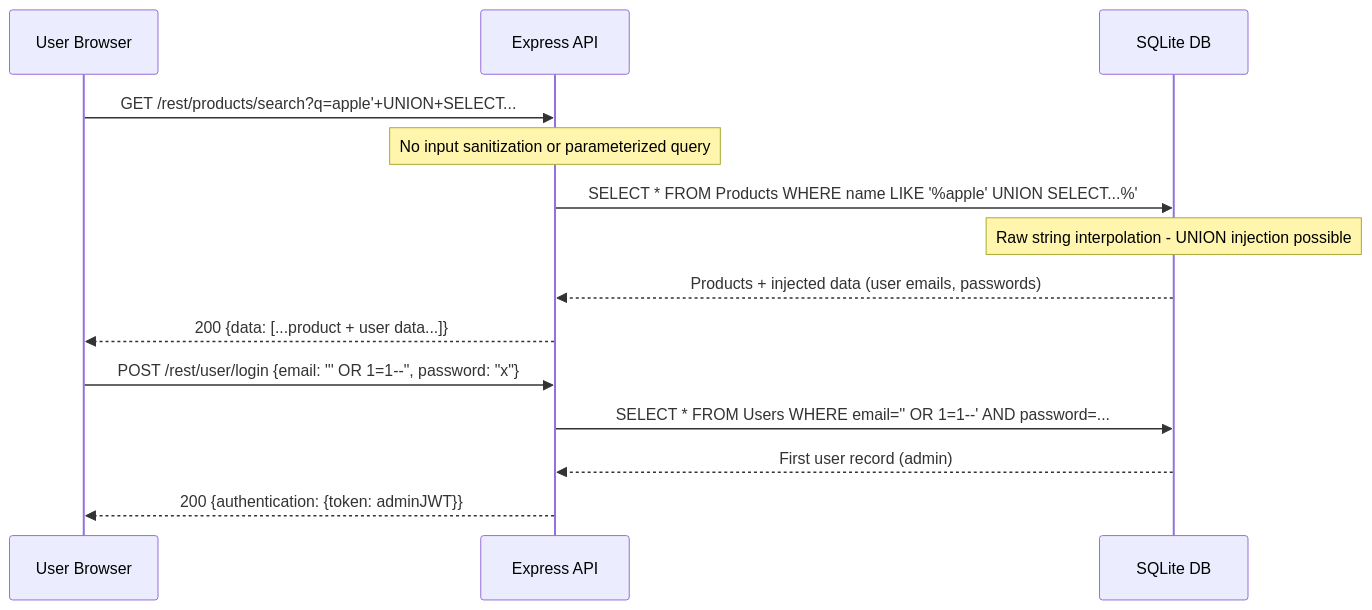
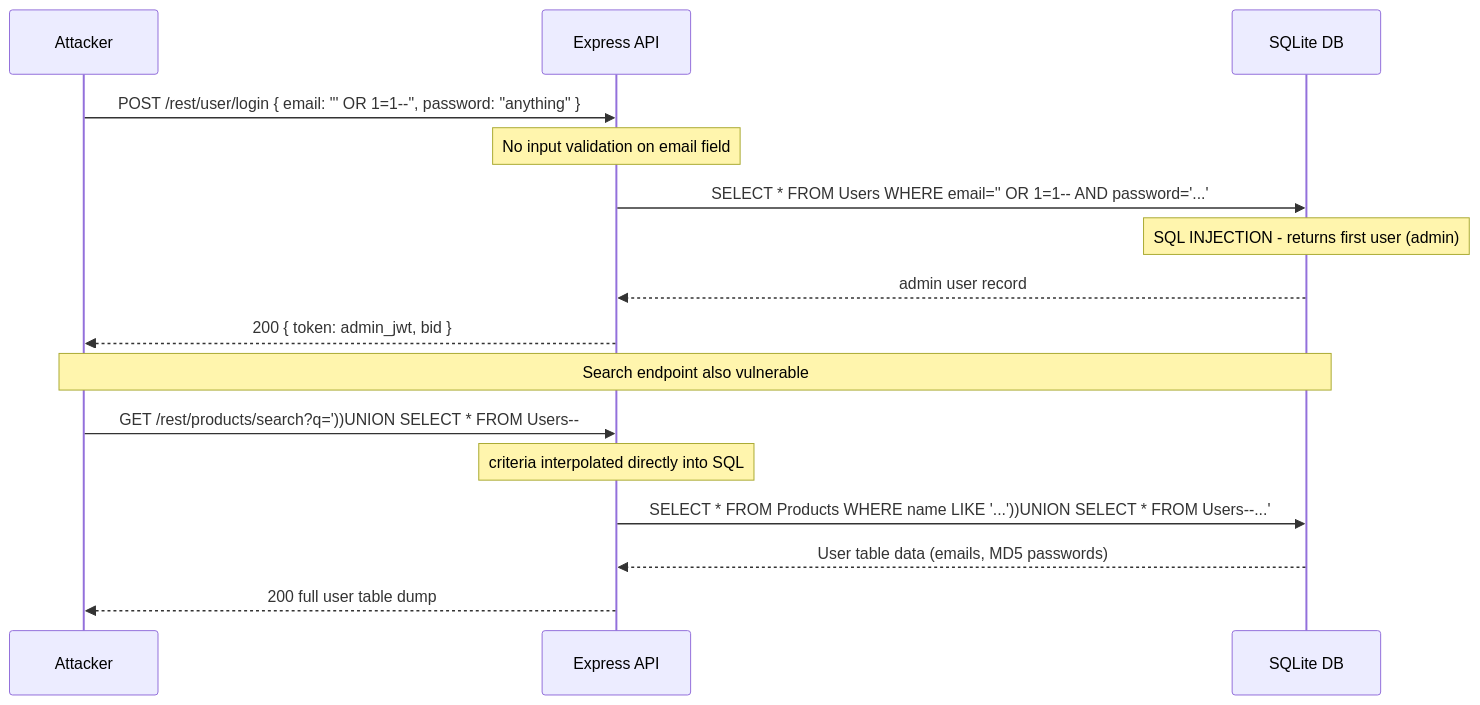
Before and after one commit to appsec-foundry/appsec-advisor: the sixth of 10 diagrams in examples/juice-shop/threat-model-sonnet.md, drawn with Mermaid. The commit also changed other lines of this file and 17 other files, not shown here.

````diff
--- a/examples/juice-shop/threat-model-sonnet.md
+++ b/examples/juice-shop/threat-model-sonnet.md
@@ -266,18 +324,20 @@
 ```mermaid
 sequenceDiagram
-    participant U as User Browser
+    participant A as Attacker
     participant API as Express API
     participant DB as SQLite DB
 
-    U->>API: GET /rest/products/search?q=apple'+UNION+SELECT...
-    Note over API: No input sanitization or parameterized query
-    API->>DB: SELECT * FROM Products WHERE name LIKE '%apple' UNION SELECT...%'
-    Note over DB: Raw string interpolation - UNION injection possible
-    DB-->>API: Products + injected data (user emails, passwords)
-    API-->>U: 200 {data: [...product + user data...]}
+    A->>API: POST /rest/user/login { email: "' OR 1=1--", password: "anything" }
+    Note over API: No input validation on email field
+    API->>DB: SELECT * FROM Users WHERE email='' OR 1=1-- AND password='...'
+    Note over DB: SQL INJECTION - returns first user (admin)
+    DB-->>API: admin user record
+    API-->>A: 200 { token: admin_jwt, bid }
 
-    U->>API: POST /rest/user/login {email: "' OR 1=1--", password: "x"}
-    API->>DB: SELECT * FROM Users WHERE email='' OR 1=1--' AND password=...
-    DB-->>API: First user record (admin)
-    API-->>U: 200 {authentication: {token: adminJWT}}
+    Note over A,DB: Search endpoint also vulnerable
+    A->>API: GET /rest/products/search?q='))UNION SELECT * FROM Users--
+    Note over API: criteria interpolated directly into SQL
+    API->>DB: SELECT * FROM Products WHERE name LIKE '...'))UNION SELECT * FROM Users--...'
+    DB-->>API: User table data (emails, MD5 passwords)
+    API-->>A: 200 full user table dump
 ```
````
